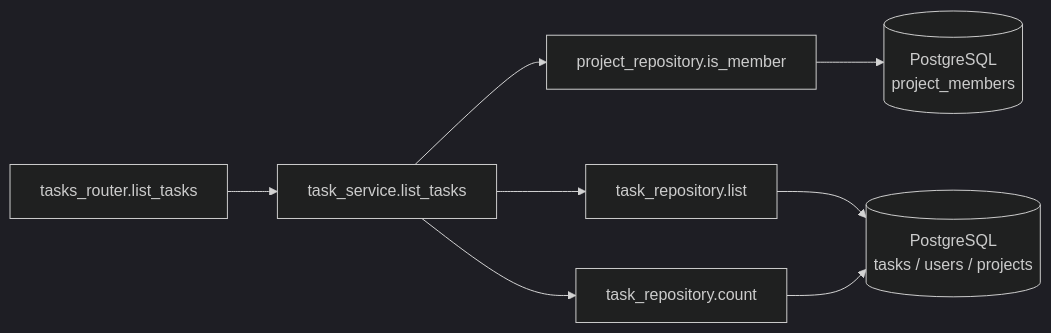
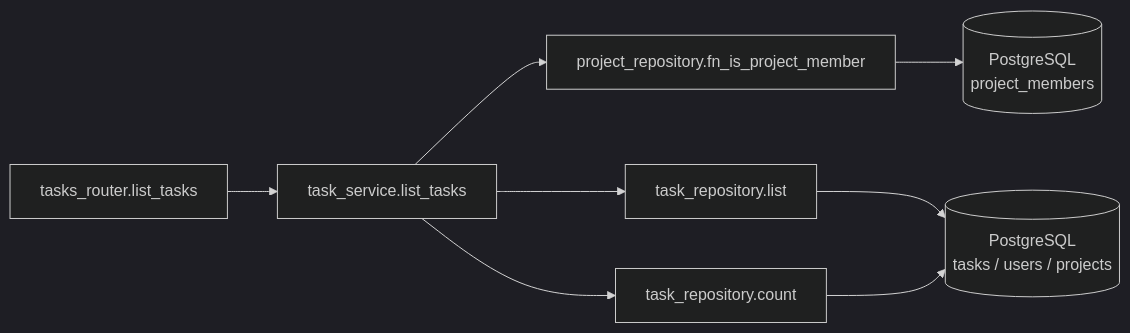
The third of 4 diagrams in detailed_design/api/tasks/10_get_tasks.md (oikawa-d/task_management), drawn with Mermaid (dark theme) before and after one commit. The commit also changed other lines of this file and 58 other files, not shown here.

````diff
--- a/detailed_design/api/tasks/10_get_tasks.md
+++ b/detailed_design/api/tasks/10_get_tasks.md
@@ -210,10 +210,10 @@
 ```mermaid
 flowchart LR
     R["tasks_router.list_tasks"] --> S["task_service.list_tasks"]
-    S --> PR["project_repository.is_member"]
+    S --> PR["project_repository.fn_is_project_member"]
     S --> C["task_repository.count"]
     S --> L["task_repository.list"]
     L --> DB[("PostgreSQL<br/>tasks / users / projects")]
     C --> DB
     PR --> DBM[("PostgreSQL<br/>project_members")]
 ```
````
